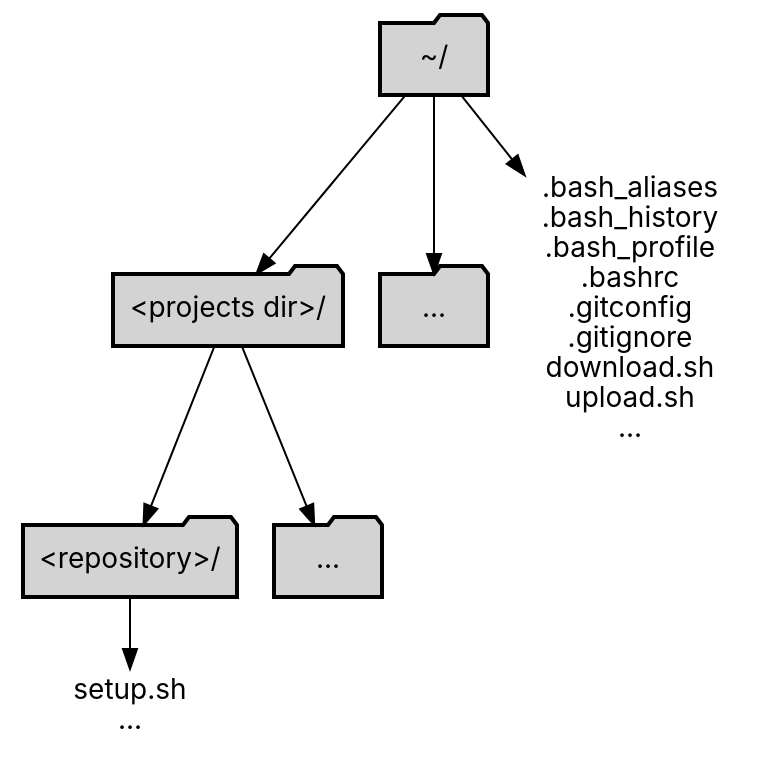
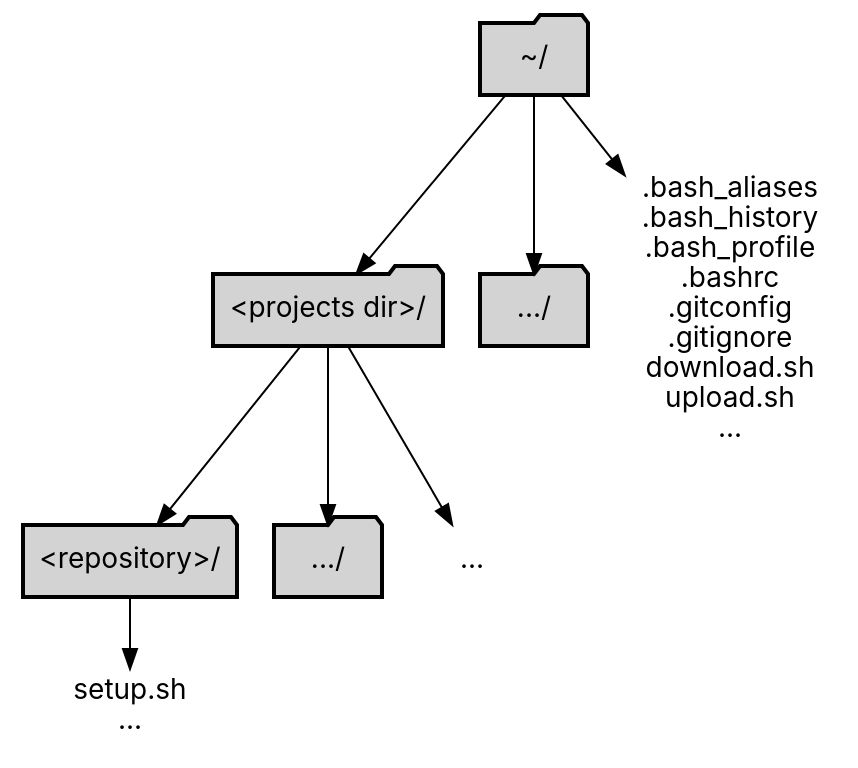
The diagram in Exemplos/Folder.gv (GiovaniPM/Graphs), drawn with Graphviz before and after one commit. The commit also changed 1 other file, not shown here.

```diff
--- a/Exemplos/Folder.gv
+++ b/Exemplos/Folder.gv
@@ -1,28 +1,32 @@
 digraph a {
   node [fontname = "Handlee"
         shape="folder"
         style="filled,bold"
         color="black"
         fillcolor="lightgray"
         fontname="Inter"];
   edge [];
 
   a [label="~/"];
   b [label="<projects dir>/"];
-  c [label="..."];
+  c [label=".../"];
   d [label="<repository>/"];
-  e [label="..."];
+  e [label=".../"];
   f [label=".bash_aliases\n.bash_history\n.bash_profile\n.bashrc\n.gitconfig\n.gitignore\ndownload.sh\nupload.sh\n..."
      shape="plaintext"
      style=""]
-  g [label="setup.sh\n..."
+  g [label="..."
+     shape="plaintext"
+     style=""]
+  h [label="setup.sh\n..."
      shape="plaintext"
      style=""]
 
   a -> b;
   a -> c;
   b -> d;
   b -> e;
   a -> f;
-  d -> g;
+  b -> g;
+  d -> h;
 }
```
